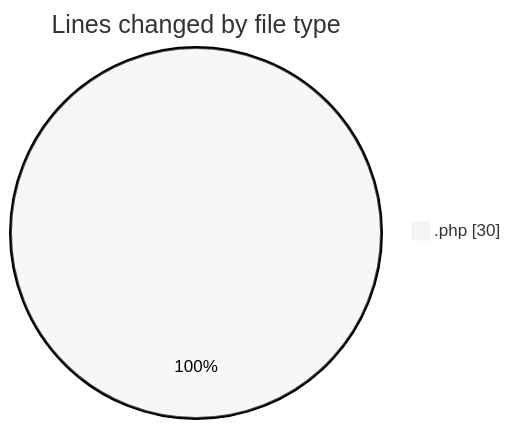
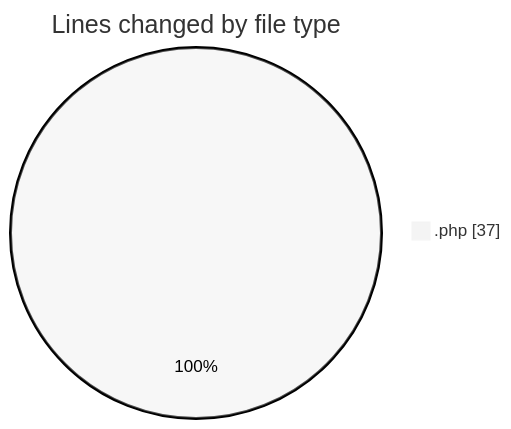
The first of 2 diagrams in 2025-04-23/web/README.md (LanceThiago/code-tracking), drawn with Mermaid (neutral theme) before and after one commit. The commit also changed other lines of this file and 1 other file, not shown here.

````diff
--- a/2025-04-23/web/README.md
+++ b/2025-04-23/web/README.md
@@ -20,5 +20,5 @@
 ```mermaid
 pie showData
 title Lines changed by file type
-".php" : 30
+".php" : 37
 ```
````
